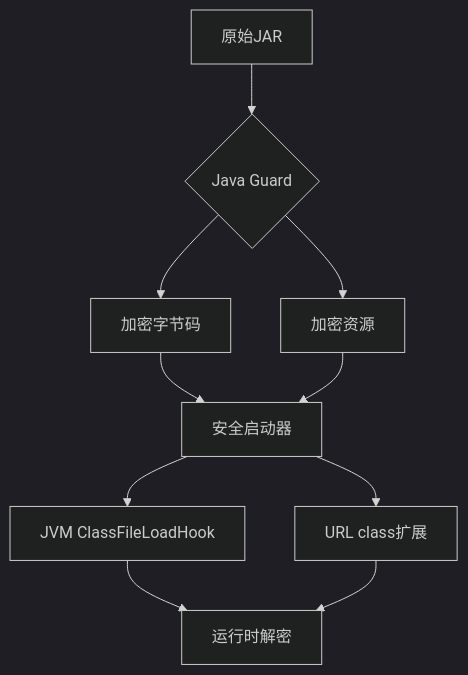
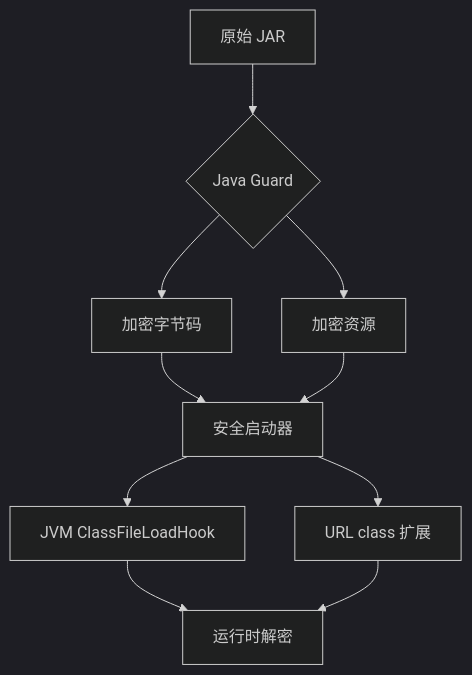
One commit to kyle-derrick/java-guard changed the diagram in README.md. Above: the diagram before and after it, drawn with Mermaid (dark theme). The commit also changed other lines of this file and 5 other files, not shown here.

````diff
--- a/README.md
+++ b/README.md
@@ -122,12 +212,12 @@
 ```mermaid
 graph TD
-A[原始JAR] --> B{Java Guard}
+A[原始 JAR] --> B{Java Guard}
 B --> C[加密字节码]
 B --> D[加密资源]
 C --> E[安全启动器]
 D --> E
 E --> F[JVM ClassFileLoadHook]
-E --> G[URL class扩展]
+E --> G[URL class 扩展]
 F --> H[运行时解密]
 G --> H
 ```
````
